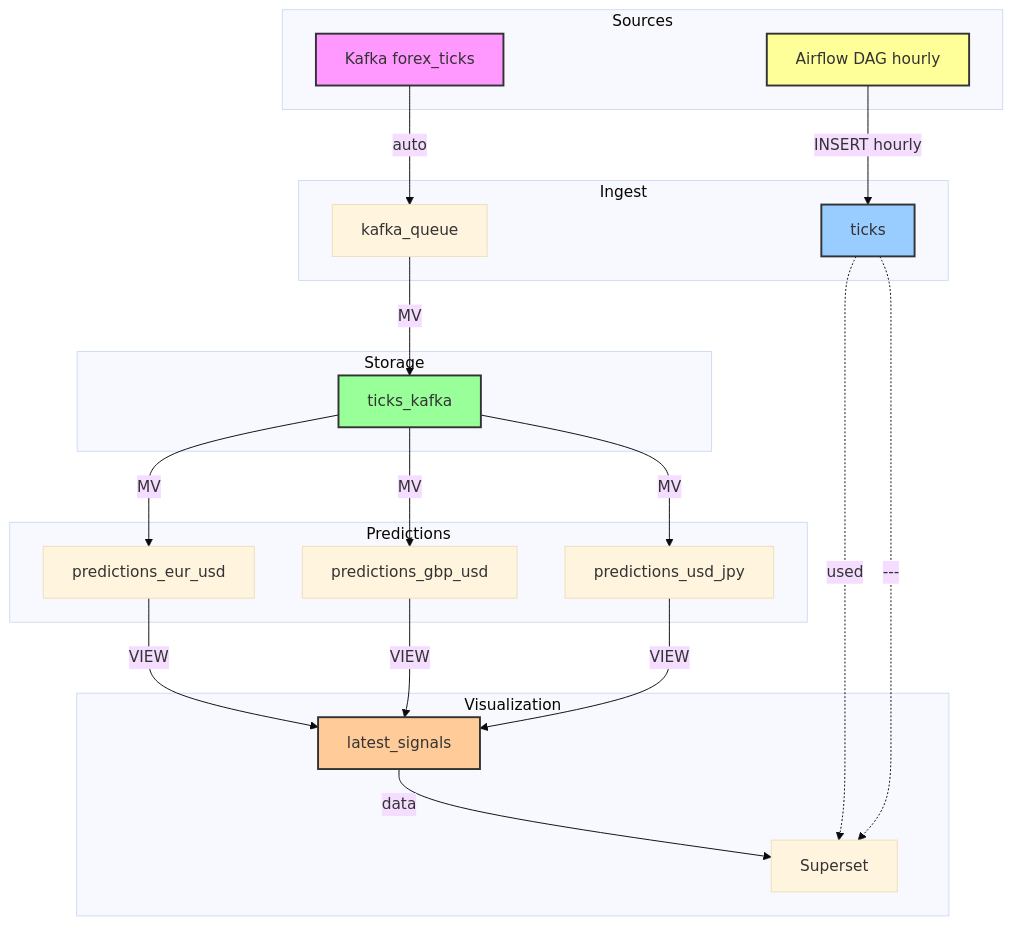
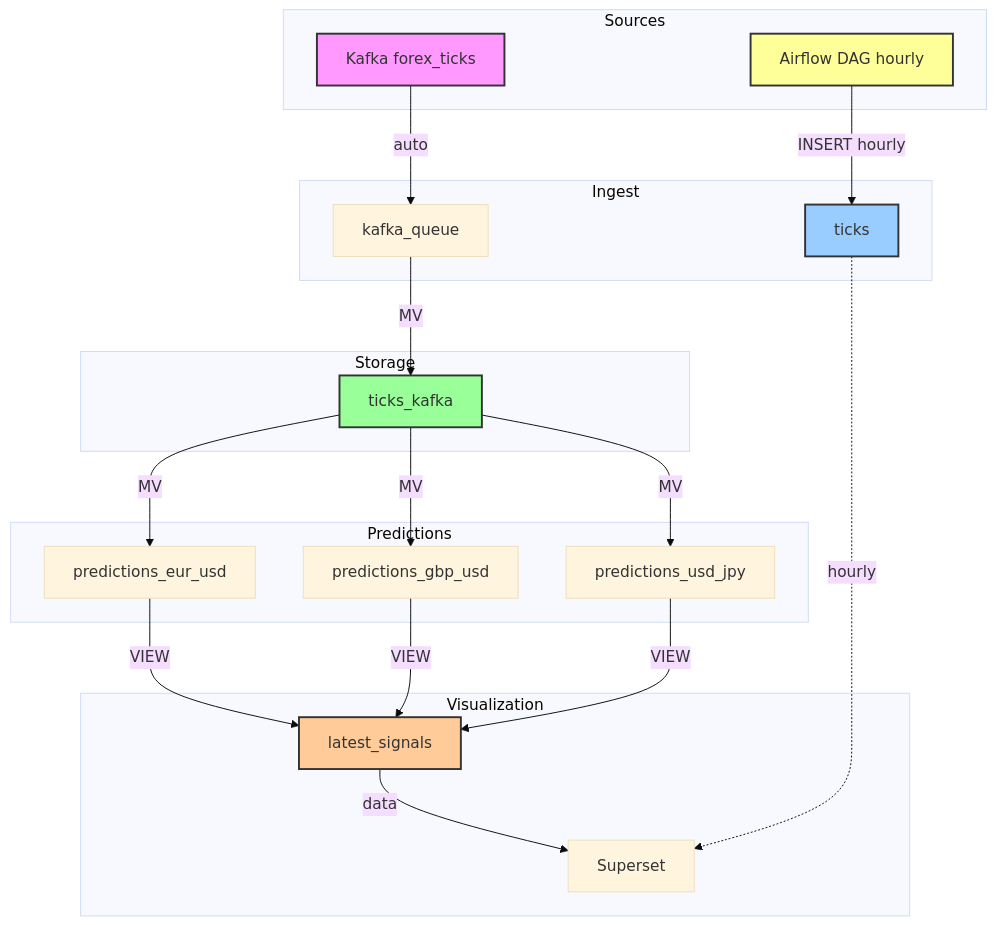
Before and after one commit to skazka064/otus_clickhouse: the diagram in forex-analytics/architecture/main_schema.md, drawn with Mermaid (base theme).

````diff
--- a/forex-analytics/architecture/main_schema.md
+++ b/forex-analytics/architecture/main_schema.md
@@ -1,51 +1,51 @@
 ```mermaid
 graph TD
     subgraph sources[Sources]
         A[Kafka forex_ticks]
         DAG[Airflow DAG hourly]
     end
 
     subgraph ingest[Ingest]
         B[kafka_queue]
         T[ticks]
     end
 
     subgraph storage[Storage]
         C[ticks_kafka]
     end
 
     subgraph predictions[Predictions]
         E[predictions_eur_usd]
         F[predictions_gbp_usd]
         G[predictions_usd_jpy]
     end
 
     subgraph visualization[Visualization]
         H[latest_signals]
         I[Superset]
     end
 
     A -->|auto| B
     B -->|MV| C
     
     DAG -->|INSERT hourly| T
     
     C -->|MV| E
     C -->|MV| F
     C -->|MV| G
     
     E -->|VIEW| H
     F -->|VIEW| H
     G -->|VIEW| H
     
     H -->|data| I
     
-    T -.->|used| I
-    T -.->|---| I
+    T -.->|hourly| I
+   
 
     style A fill:#f9f,stroke:#333,stroke-width:2px
     style DAG fill:#ff9,stroke:#333,stroke-width:2px
     style C fill:#9f9,stroke:#333,stroke-width:2px
     style T fill:#9cf,stroke:#333,stroke-width:2px
     style H fill:#fc9,stroke:#333,stroke-width:2px
 ```
````
